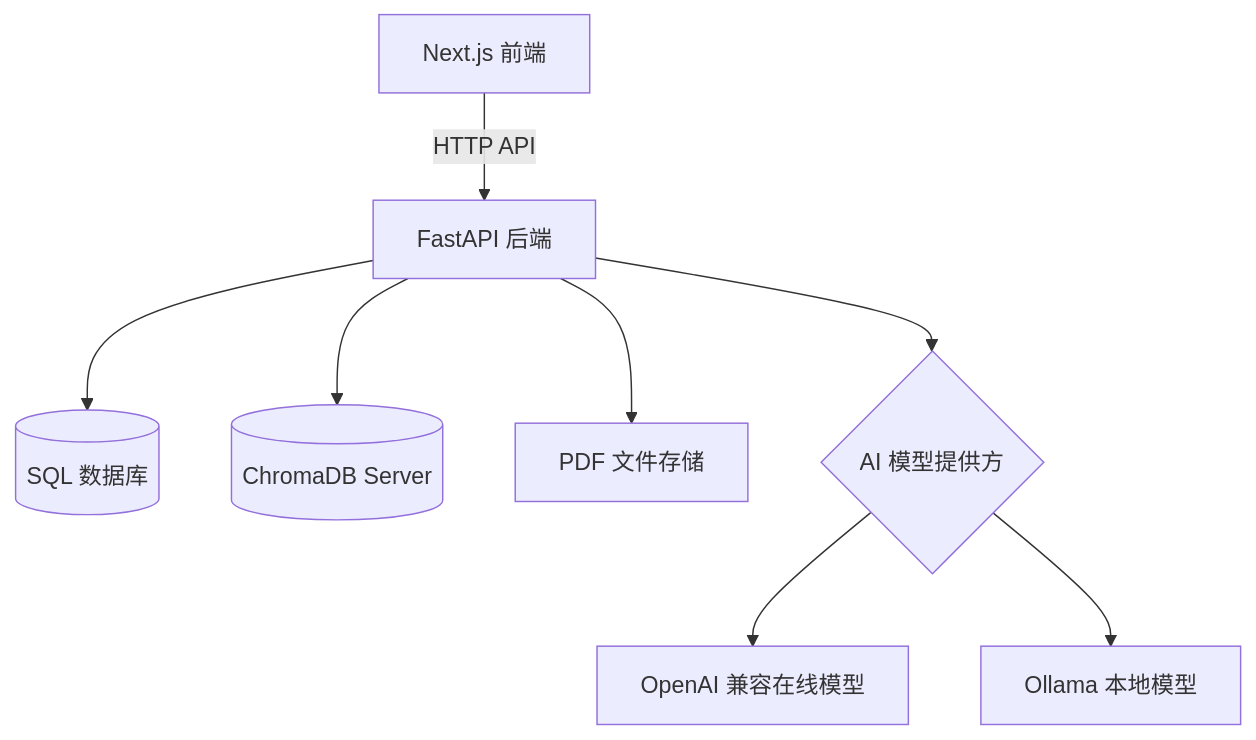
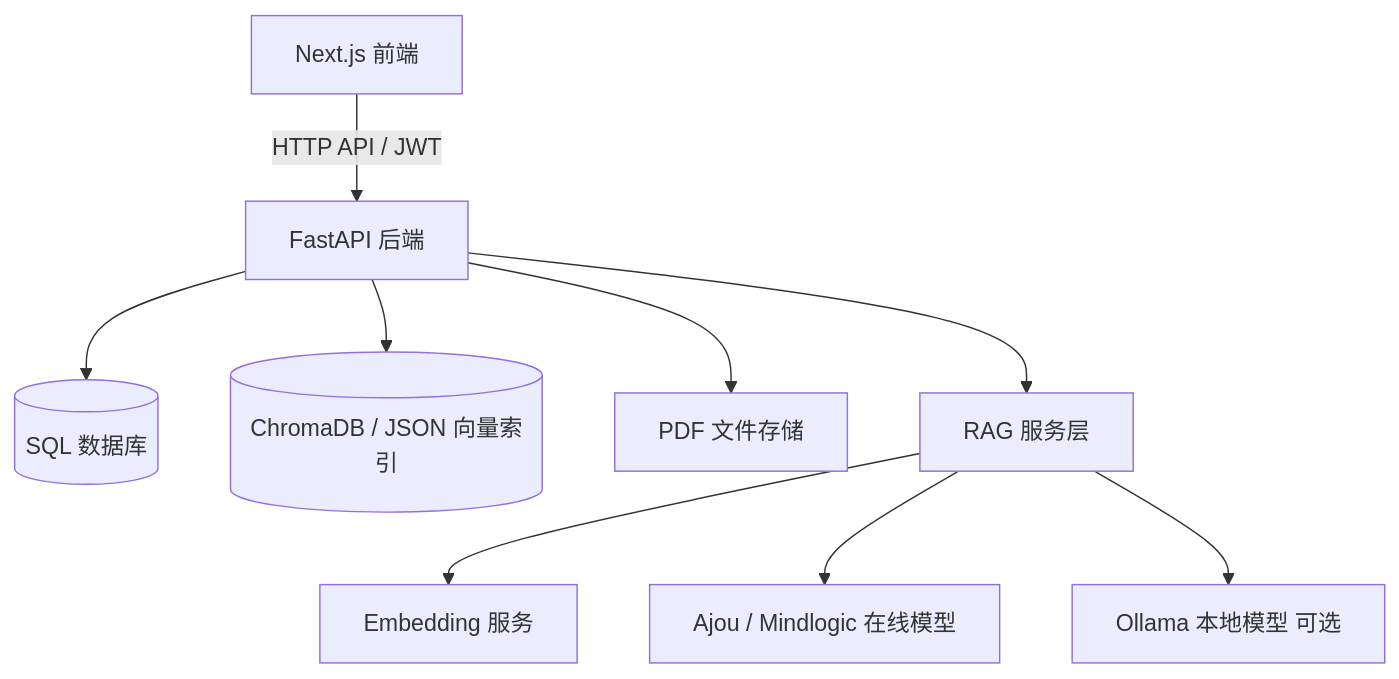
The first of 4 diagrams in docs/architecture.md (lc114548274-pixel/campusmind-ai-study-assistant), drawn with Mermaid before and after one commit. The commit also changed other lines of this file and 11 other files, not shown here.

````diff
--- a/docs/architecture.md
+++ b/docs/architecture.md
@@ -5,10 +5,11 @@
 ```mermaid
 flowchart TD
-  A[Next.js 前端] -->|HTTP API| B[FastAPI 后端]
-  B --> C[(SQL 数据库)]
-  B --> D[(ChromaDB Server)]
-  B --> E[PDF 文件存储]
-  B --> F{AI 模型提供方}
-  F --> G[OpenAI 兼容在线模型]
-  F --> H[Ollama 本地模型]
+  A["Next.js 前端"] -->|"HTTP API / JWT"| B["FastAPI 后端"]
+  B --> C[("SQL 数据库")]
+  B --> D[("ChromaDB / JSON 向量索引")]
+  B --> E["PDF 文件存储"]
+  B --> F["RAG 服务层"]
+  F --> G["Embedding 服务"]
+  F --> H["Ajou / Mindlogic 在线模型"]
+  F --> I["Ollama 本地模型 可选"]
 ```
````
